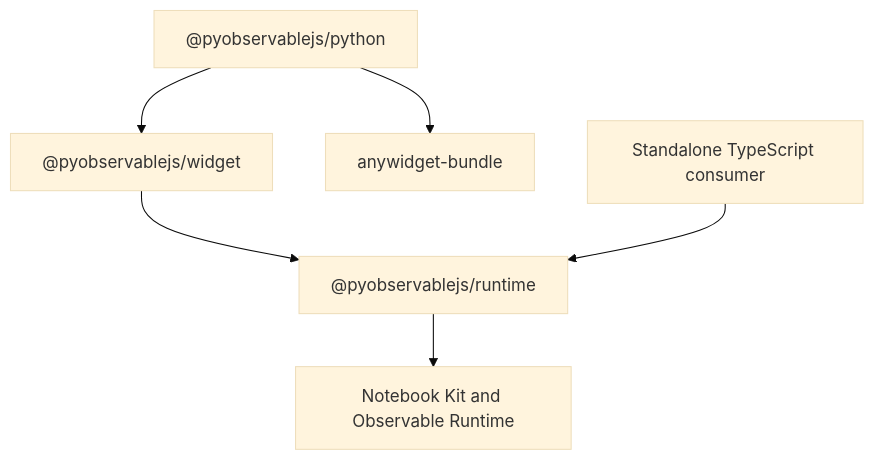
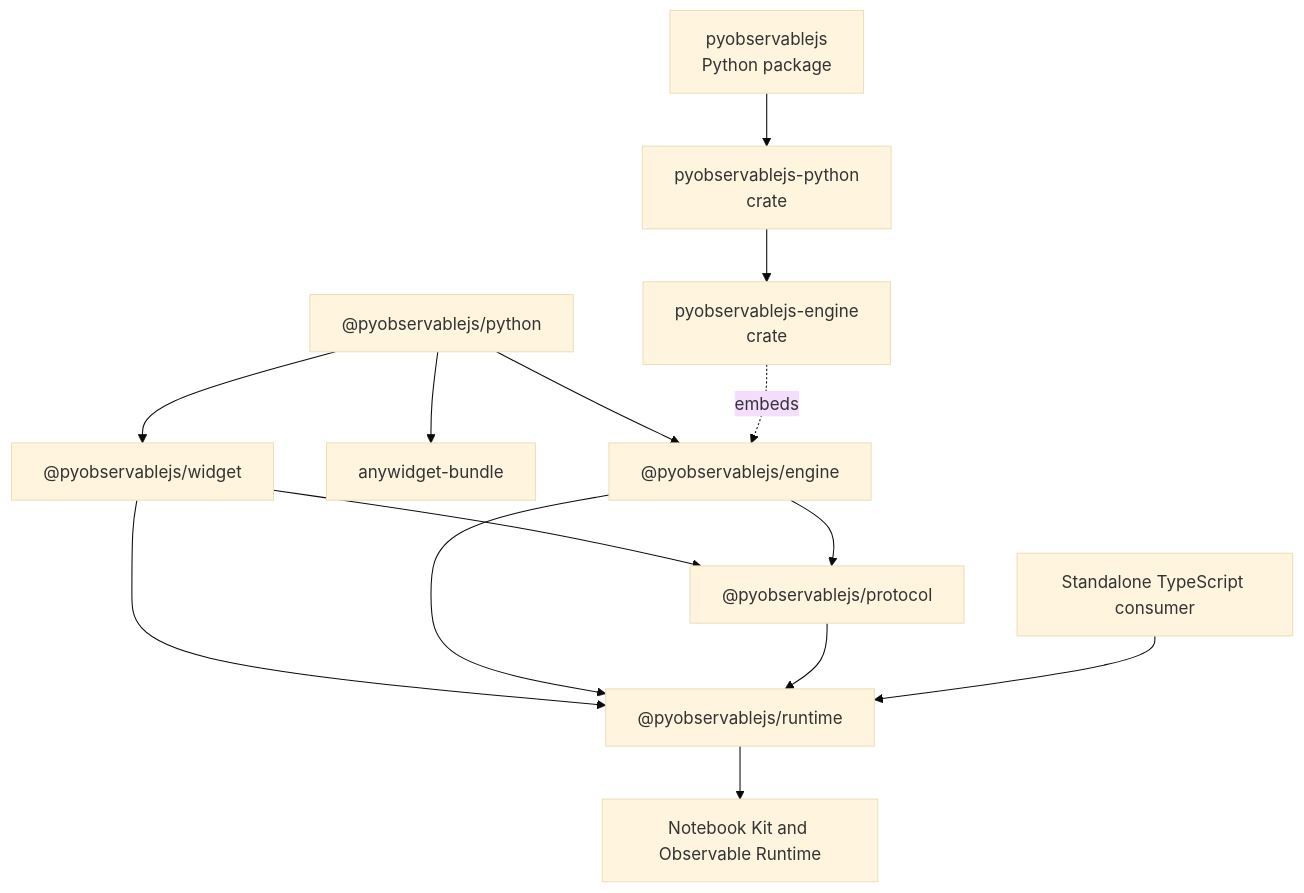
The diagram in development_docs/workspace.md (peter-gy/pyobservablejs), drawn with Mermaid (base theme) before and after one commit. The commit also changed other lines of this file and 186 other files, not shown here.

````diff
--- a/development_docs/workspace.md
+++ b/development_docs/workspace.md
@@ -9,8 +19,16 @@
 ```mermaid
 flowchart TB
   python["@pyobservablejs/python"] --> widget["@pyobservablejs/widget"]
   python --> bundle["anywidget-bundle"]
+  python --> engine["@pyobservablejs/engine"]
   widget --> runtime["@pyobservablejs/runtime"]
+  widget --> protocol["@pyobservablejs/protocol"]
+  engine --> runtime
+  engine --> protocol
+  protocol --> runtime
+  binding["pyobservablejs-python<br/>crate"] --> core["pyobservablejs-engine<br/>crate"]
+  core -. embeds .-> engine
+  wheel["pyobservablejs<br/>Python package"] --> binding
   app["Standalone TypeScript consumer"] --> runtime
   runtime --> kit["Notebook Kit and Observable Runtime"]
 ```
````
